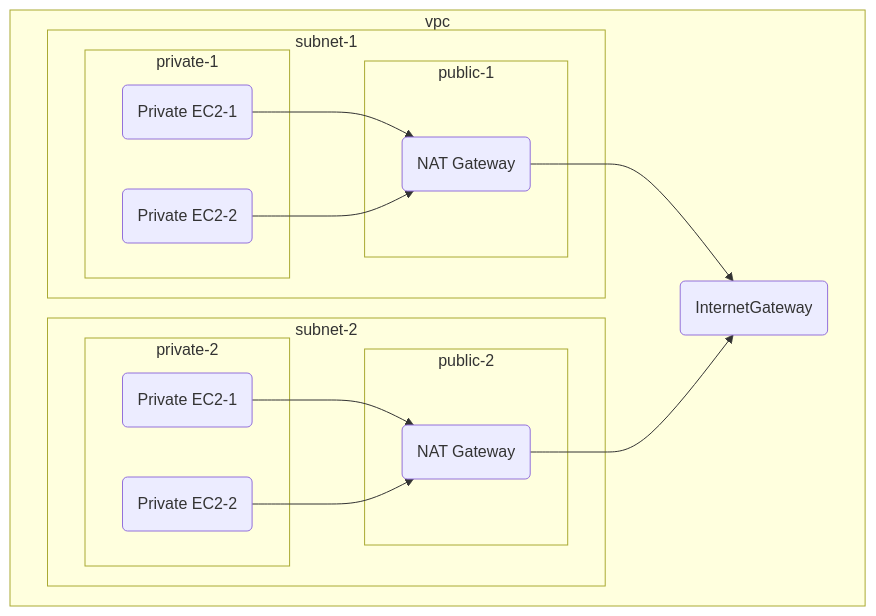
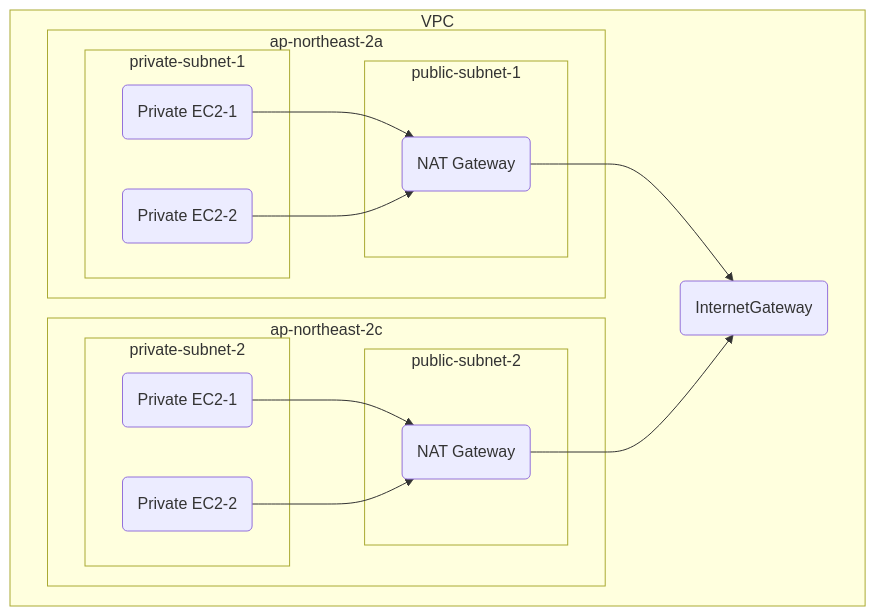
Before and after one commit to hhk7734/wiki: the diagram in docs/mlops/mlops/aws/vpc.mdx, drawn with Mermaid. The commit also changed other lines of this file and 3 other files, not shown here.

````diff
--- a/docs/mlops/mlops/aws/vpc.mdx
+++ b/docs/mlops/mlops/aws/vpc.mdx
@@ -12,36 +12,37 @@
 ```mermaid
 flowchart
-  subgraph vpc
+  subgraph VPC
     InternetGateway(InternetGateway)
 
     NatGateway-1 --> InternetGateway
     NatGateway-2 --> InternetGateway
 
-    subgraph subnet-1
-      subgraph public-1
+    subgraph ap-northeast-2a
+      subgraph public-subnet-1
         NatGateway-1(NAT Gateway)
+      end
 
-      end
-      subgraph private-1
+      subgraph private-subnet-1
         EC2-1-1(Private EC2-1)
         EC2-1-2(Private EC2-2)
 
         EC2-1-1 --> NatGateway-1
         EC2-1-2 --> NatGateway-1
       end
     end
-    subgraph subnet-2
-      subgraph public-2
+
+    subgraph ap-northeast-2c
+      subgraph public-subnet-2
         NatGateway-2(NAT Gateway)
+      end
 
-      end
-      subgraph private-2
+      subgraph private-subnet-2
         EC2-2-1(Private EC2-1)
         EC2-2-2(Private EC2-2)
 
         EC2-2-1 --> NatGateway-2
         EC2-2-2 --> NatGateway-2
       end
     end
   end
 ```
````
